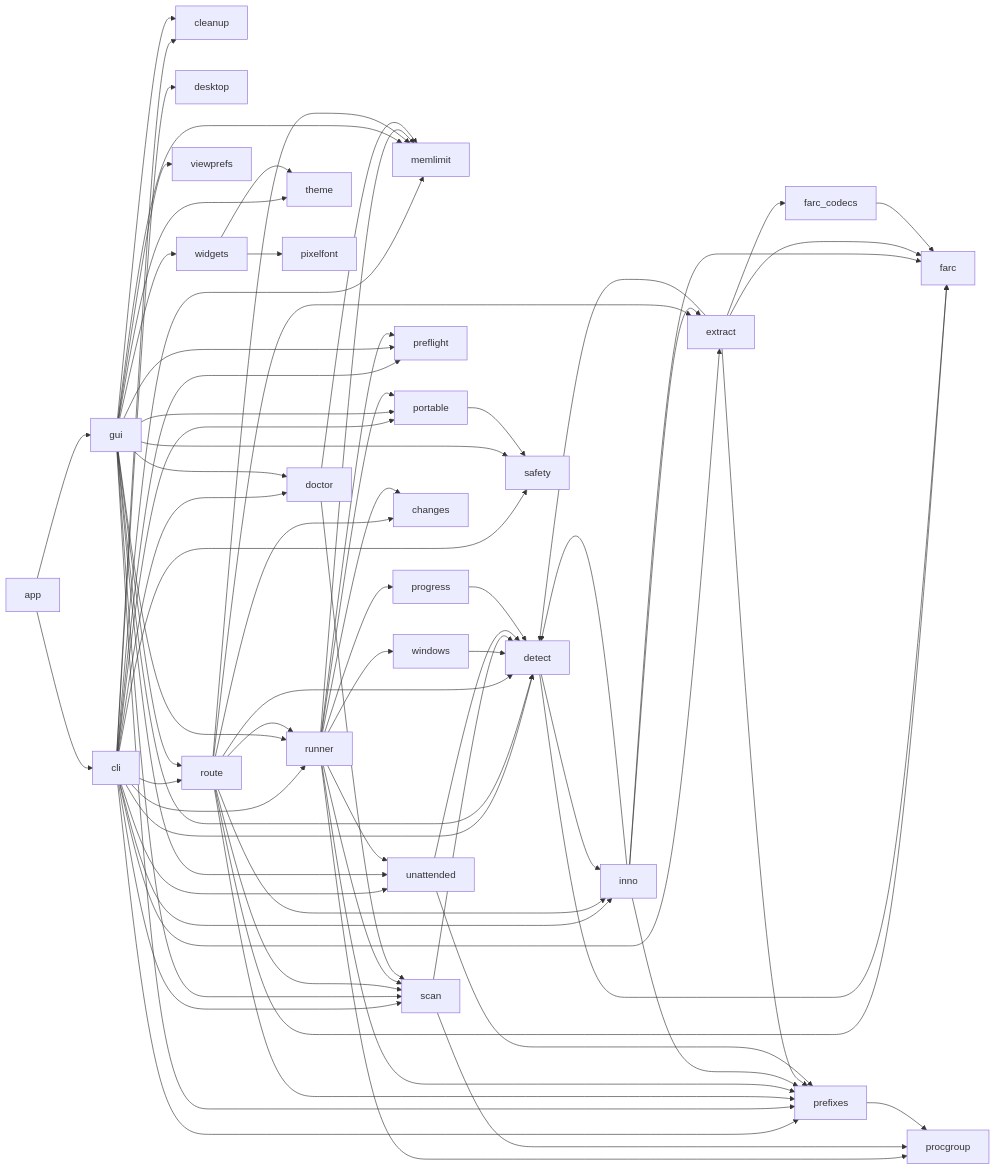
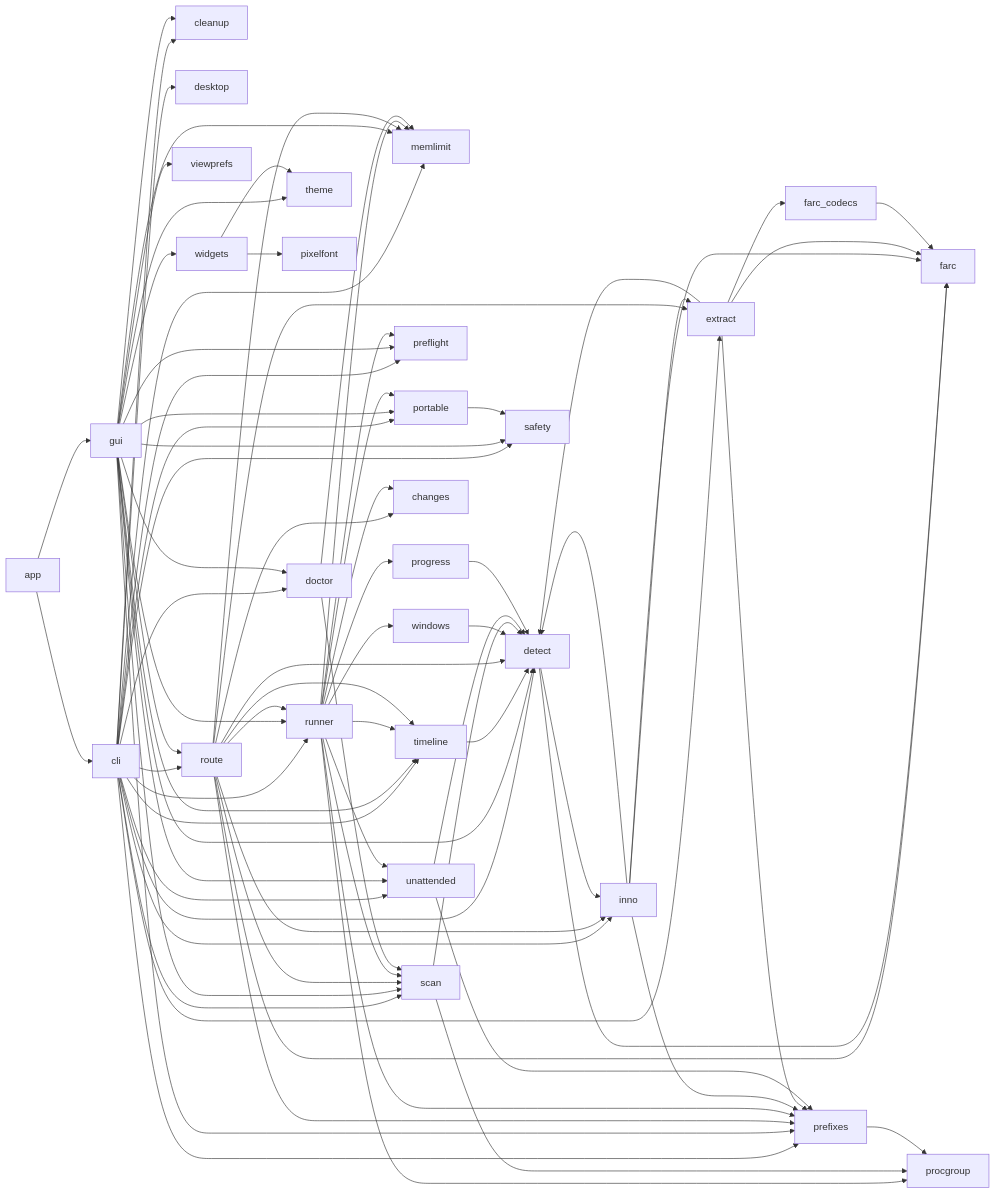
Before and after one commit to undecuple/gitfurl: the second of 6 diagrams in docs/code-map.md, drawn with Mermaid. The commit also changed other lines of this file and 14 other files, not shown here.

Commit message:
Timeline: what each step of a run did and why (#55)

````diff
--- a/docs/code-map.md
+++ b/docs/code-map.md
@@ -57,20 +58,23 @@
 ```mermaid
 flowchart LR
   app --> cli & gui
-  cli --> cleanup & desktop & detect & doctor & extract & inno & memlimit & portable & prefixes & preflight & route & runner & safety & scan & unattended
-  gui --> cleanup & detect & doctor & memlimit & portable & prefixes & preflight & route & runner & safety & scan & theme & unattended & viewprefs & widgets
+  cli --> cleanup & desktop & detect & doctor & extract & inno & memlimit & portable & prefixes & preflight & route & runner & safety & scan & timeline & unattended
+  gui --> cleanup & detect & doctor & memlimit & portable & prefixes & preflight & route & runner & safety & scan & theme & timeline & unattended & viewprefs & widgets
+  runner --> timeline
+  route --> timeline
+  timeline --> detect
   widgets --> pixelfont & theme
   route --> changes & detect & extract & farc & inno & memlimit & prefixes & runner & scan
   runner --> changes & memlimit & portable & prefixes & preflight & procgroup & progress & scan & unattended & windows
   windows --> detect
   detect --> farc & inno
   inno --> detect & extract & farc & prefixes
   extract --> detect & farc & farc_codecs & prefixes
   farc_codecs --> farc
   doctor --> memlimit & scan
   scan --> detect & procgroup
   unattended --> detect & prefixes
   progress --> detect
   prefixes --> procgroup
   portable --> safety
 ```
````
